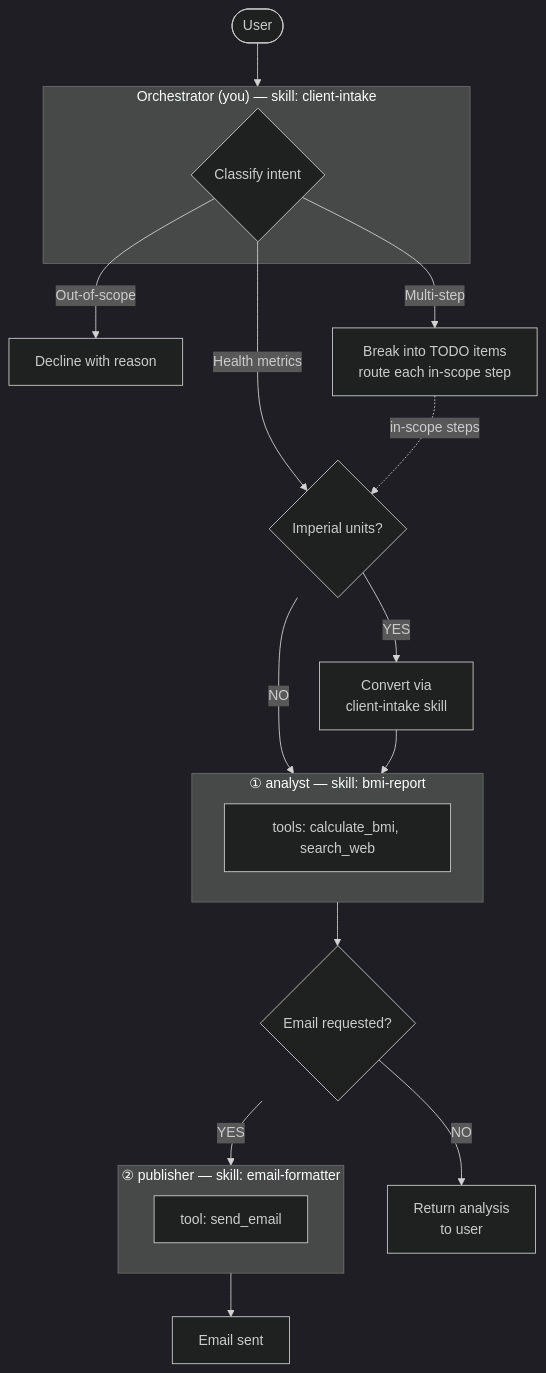
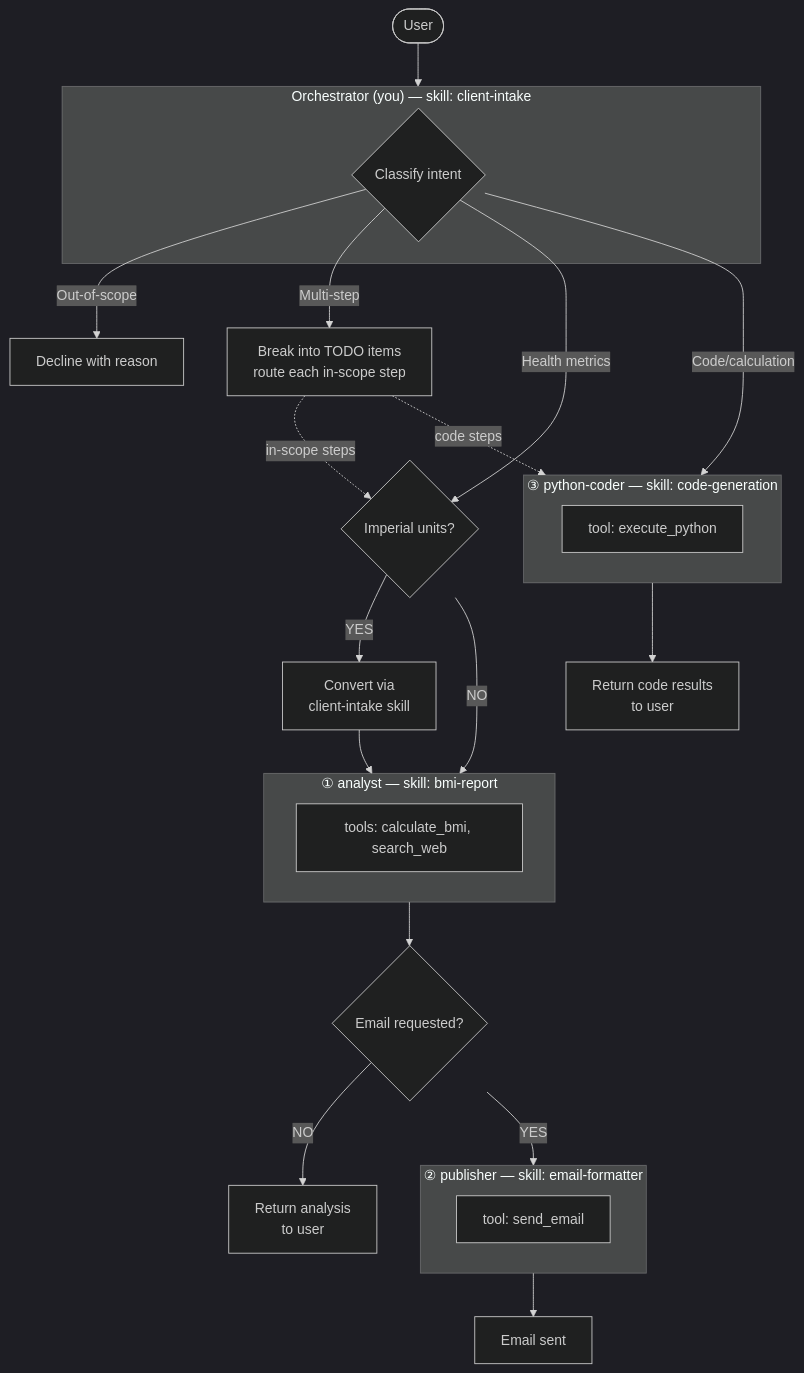
Before and after one commit to mimran-khan/template-agent: the diagram in template_agent/agent_config/system-prompt.md, drawn with Mermaid (dark theme). The commit also changed other lines of this file and 2 other files, not shown here.

First line of the commit message:
feat: add text-to-python code generation agent

````diff
--- a/template_agent/agent_config/system-prompt.md
+++ b/template_agent/agent_config/system-prompt.md
@@ -12,34 +13,41 @@
 ```mermaid
 flowchart TD
     User([User]) --> Orch
 
     subgraph Orch["Orchestrator (you) — skill: client-intake"]
         Classify{Classify intent}
     end
 
     Classify -->|Out-of-scope| Decline[Decline with reason]
     Classify -->|Multi-step| TODO[Break into TODO items\nroute each in-scope step]
     Classify -->|Health metrics| Imperial{Imperial units?}
+    Classify -->|Code/calculation| PC
 
     Imperial -->|YES| Convert[Convert via\nclient-intake skill]
     Imperial -->|NO| BA
 
     Convert --> BA
 
     TODO -.->|in-scope steps| Imperial
+    TODO -.->|code steps| PC
 
     subgraph BA["① analyst — skill: bmi-report"]
         BA_Tools[tools: calculate_bmi, search_web]
     end
 
+    subgraph PC["③ python-coder — skill: code-generation"]
+        PC_Tools[tool: execute_python]
+    end
+
     BA --> Email{Email requested?}
+    PC --> Return2[Return code results\nto user]
 
     Email -->|NO| Return[Return analysis\nto user]
     Email -->|YES| RD
 
     subgraph RD["② publisher — skill: email-formatter"]
         RD_Tools[tool: send_email]
     end
 
     RD --> Sent[Email sent]
 ```
````
